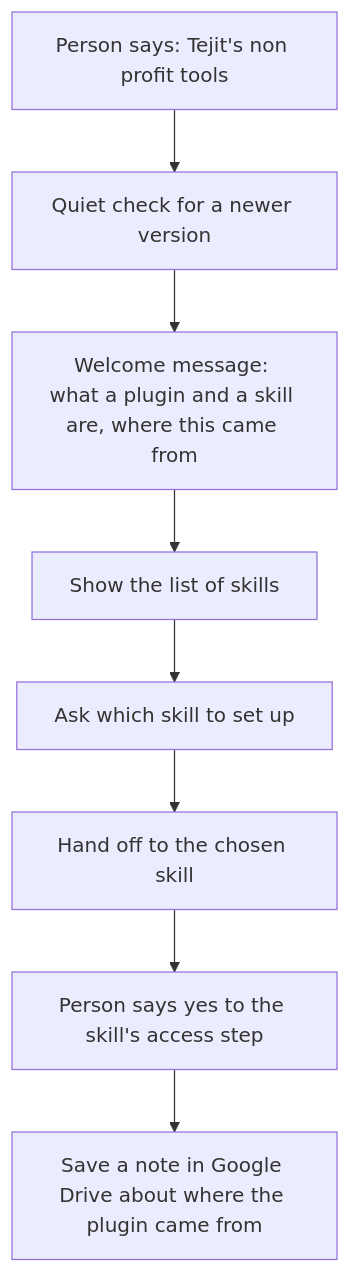
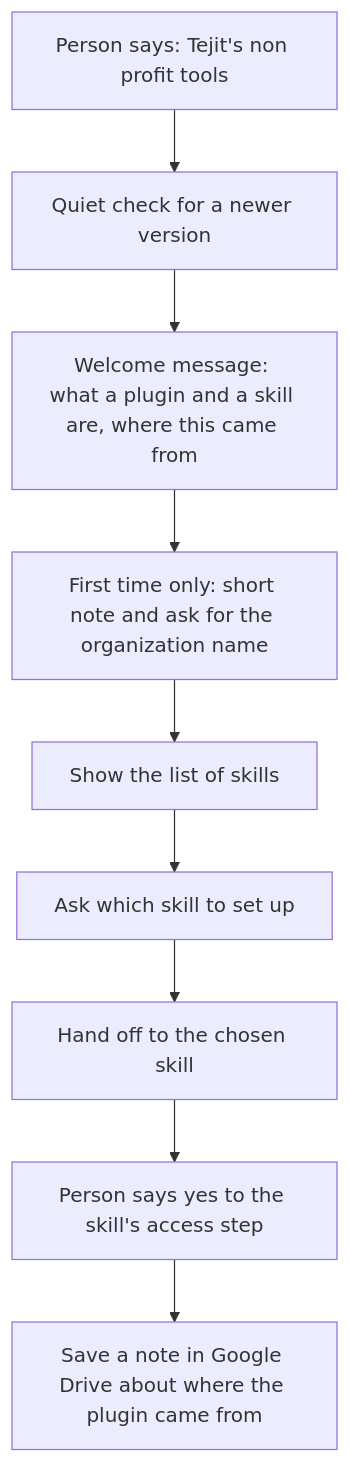
The diagram in docs/skills/start.md (tejitpabari99/tejit-non-profit-mkt), drawn with Mermaid before and after one commit. The commit also changed other lines of this file and 24 other files, not shown here.

````diff
--- a/docs/skills/start.md
+++ b/docs/skills/start.md
@@ -9,10 +9,11 @@
 ```mermaid
 flowchart TD
     A["Person says: Tejit's non profit tools"] --> B["Quiet check for a newer version"]
     B --> C["Welcome message: what a plugin and a skill are, where this came from"]
-    C --> D["Show the list of skills"]
+    C --> C2["First time only: short note and ask for the organization name"]
+    C2 --> D["Show the list of skills"]
     D --> E["Ask which skill to set up"]
     E --> F["Hand off to the chosen skill"]
     F --> G["Person says yes to the skill's access step"]
     G --> H["Save a note in Google Drive about where the plugin came from"]
 ```
````
